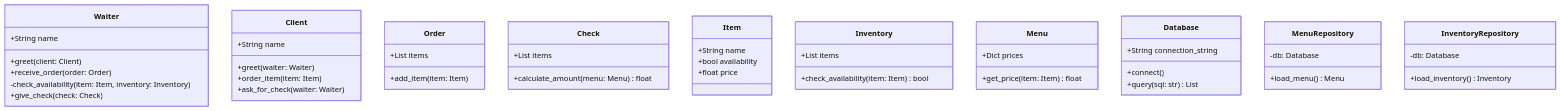
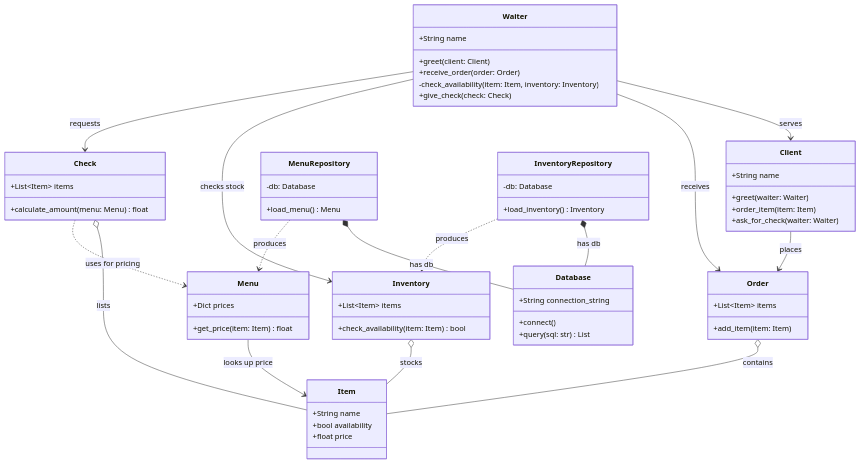
The diagram in docs/diagrams/class.mmd (pawelofficial/dbagent), drawn with Mermaid before and after one commit. The commit also changed 4 other files, not shown here.

```diff
--- a/docs/diagrams/class.mmd
+++ b/docs/diagrams/class.mmd
@@ -1,57 +1,79 @@
 classDiagram
     class Waiter {
         +String name
         +greet(client: Client)
         +receive_order(order: Order)
         -check_availability(item: Item, inventory: Inventory)
         +give_check(check: Check)
     }
 
     class Client {
         +String name
         +greet(waiter: Waiter)
         +order_item(item: Item)
         +ask_for_check(waiter: Waiter)
     }
 
     class Order {
-        +List items
+        +List~Item~ items
         +add_item(item: Item)
     }
 
     class Check {
-        +List items
+        +List~Item~ items
         +calculate_amount(menu: Menu) float
     }
 
     class Item {
         +String name
         +bool availability
         +float price
     }
 
     class Inventory {
-        +List items
+        +List~Item~ items
         +check_availability(item: Item) bool
     }
 
     class Menu {
         +Dict prices
         +get_price(item: Item) float
     }
 
     class Database {
         +String connection_string
         +connect()
         +query(sql: str) List
     }
-    
+
     class MenuRepository {
         -db: Database
         +load_menu() Menu
     }
-    
+
     class InventoryRepository {
         -db: Database
         +load_inventory() Inventory
     }
+
+    %% Aggregation - holds a collection as a field
+    Order o-- Item : contains
+    Inventory o-- Item : stocks
+    Check o-- Item : lists
+
+    %% Association - uses in method params, doesn't hold
+    Waiter --> Client : serves
+    Client --> Order : places
+    Waiter --> Order : receives
+    Waiter --> Inventory : checks stock
+    Waiter --> Check : requests
+    Menu --> Item : looks up price
+
+    %% Composition - owns as a field, tightly coupled
+    MenuRepository *-- Database : has db
+    InventoryRepository *-- Database : has db
+
+    %% Dependencies - only used as return types in methods
+    MenuRepository ..> Menu : produces
+    InventoryRepository ..> Inventory : produces
+    Check ..> Menu : uses for pricing
```
